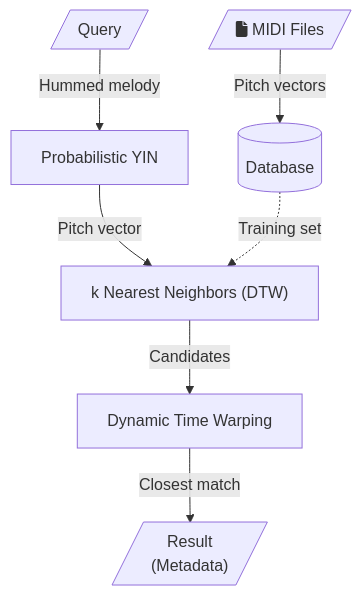
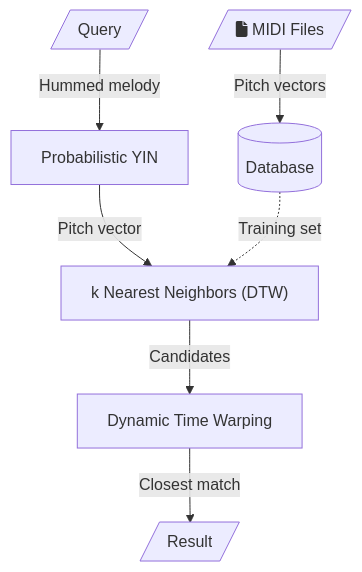
The diagram in README.md (vivekvjyn/strawberry-fields), drawn with Mermaid before and after one commit.

````diff
--- a/README.md
+++ b/README.md
@@ -70,10 +70,10 @@
 ```mermaid
 flowchart TB;
    A[/"Query"/] -->|"Hummed melody"| B["Probabilistic YIN"];
    B -->|Pitch vector| C["k Nearest Neighbors (DTW)"];
    C -->|Candidates| D["Dynamic Time Warping"];
-   D -->|Closest match| E[/"Result\n(Metadata)"/];
+   D -->|Closest match| E[/"Result"/];
    G[("Database")] -.->|Training set| C
    F[/"fa:fa-file MIDI Files"/] -->|Pitch vectors| G
     
 ```
````
